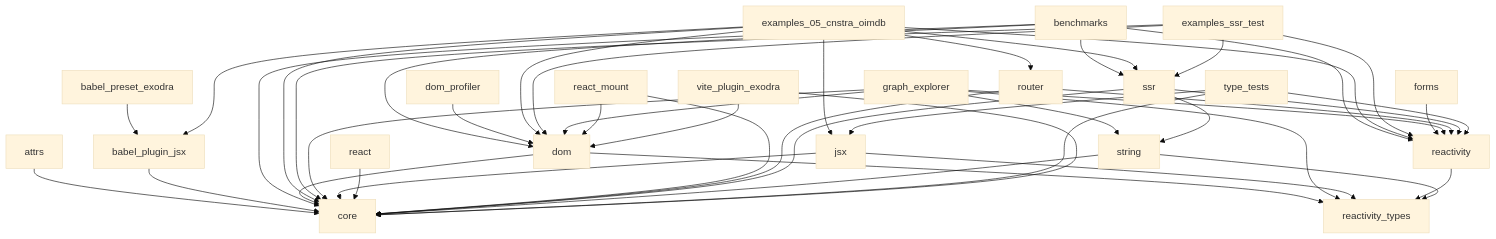
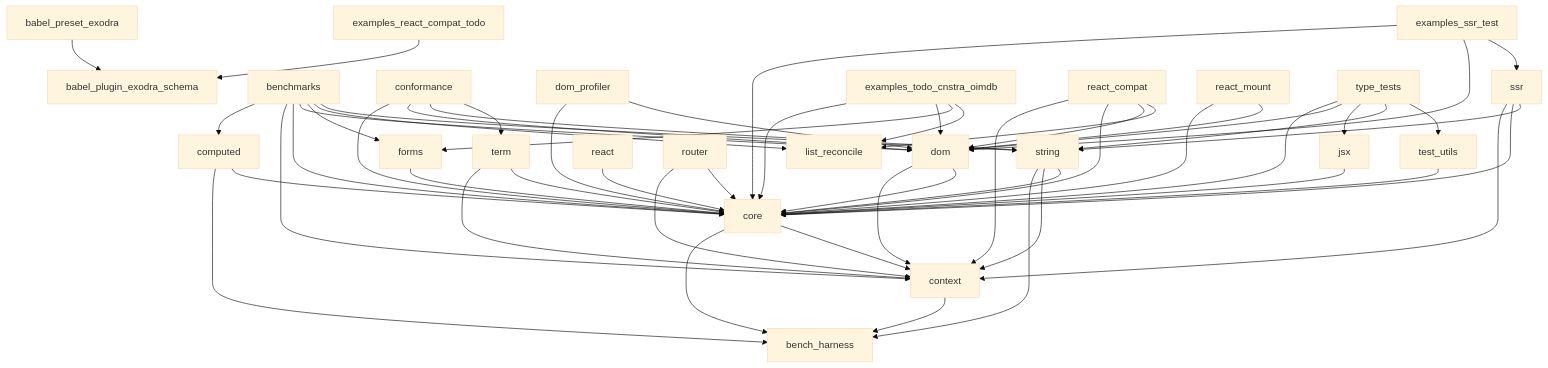
One commit to abaikov/exodra changed the diagram in docs-site/docs/architecture/package-graph.md. Above: the diagram before and after it, drawn with Mermaid (base theme). The commit also changed other lines of this file and 1889 other files, not shown here.

````diff
--- a/docs-site/docs/architecture/package-graph.md
+++ b/docs-site/docs/architecture/package-graph.md
@@ -16,48 +16,57 @@
 ```mermaid
 graph TD
-    attrs --> core
-    babel_plugin_jsx --> core
-    babel_preset_exodra --> babel_plugin_jsx
+    babel_preset_exodra --> babel_plugin_exodra_schema
+    benchmarks --> computed
+    benchmarks --> context
     benchmarks --> core
     benchmarks --> dom
-    benchmarks --> reactivity
-    benchmarks --> ssr
+    benchmarks --> forms
+    benchmarks --> list_reconcile
+    benchmarks --> string
+    computed --> bench_harness
+    computed --> core
+    conformance --> core
+    conformance --> dom
+    conformance --> string
+    conformance --> term
+    context --> bench_harness
+    core --> bench_harness
+    core --> context
+    dom --> context
     dom --> core
-    dom --> reactivity_types
+    dom_profiler --> core
     dom_profiler --> dom
-    examples_05_cnstra_oimdb --> babel_plugin_jsx
-    examples_05_cnstra_oimdb --> core
-    examples_05_cnstra_oimdb --> dom
-    examples_05_cnstra_oimdb --> jsx
-    examples_05_cnstra_oimdb --> reactivity
-    examples_05_cnstra_oimdb --> router
-    examples_05_cnstra_oimdb --> ssr
+    examples_react_compat_todo --> babel_plugin_exodra_schema
     examples_ssr_test --> core
     examples_ssr_test --> dom
-    examples_ssr_test --> reactivity
     examples_ssr_test --> ssr
-    forms --> reactivity
-    graph_explorer --> core
-    graph_explorer --> dom
-    graph_explorer --> reactivity
-    graph_explorer --> reactivity_types
-    graph_explorer --> string
+    examples_todo_cnstra_oimdb --> core
+    examples_todo_cnstra_oimdb --> dom
+    examples_todo_cnstra_oimdb --> forms
+    examples_todo_cnstra_oimdb --> list_reconcile
+    forms --> core
     jsx --> core
-    jsx --> reactivity_types
     react --> core
+    react_compat --> context
+    react_compat --> core
+    react_compat --> dom
+    react_compat --> list_reconcile
     react_mount --> core
     react_mount --> dom
-    reactivity --> reactivity_types
+    router --> context
     router --> core
-    router --> reactivity
+    ssr --> context
     ssr --> core
-    ssr --> reactivity
     ssr --> string
+    string --> bench_harness
+    string --> context
     string --> core
-    string --> reactivity_types
+    term --> context
+    term --> core
+    test_utils --> core
     type_tests --> core
+    type_tests --> dom
     type_tests --> jsx
-    type_tests --> reactivity
-    vite_plugin_exodra --> core
-    vite_plugin_exodra --> dom
+    type_tests --> string
+    type_tests --> test_utils
 ```
````
